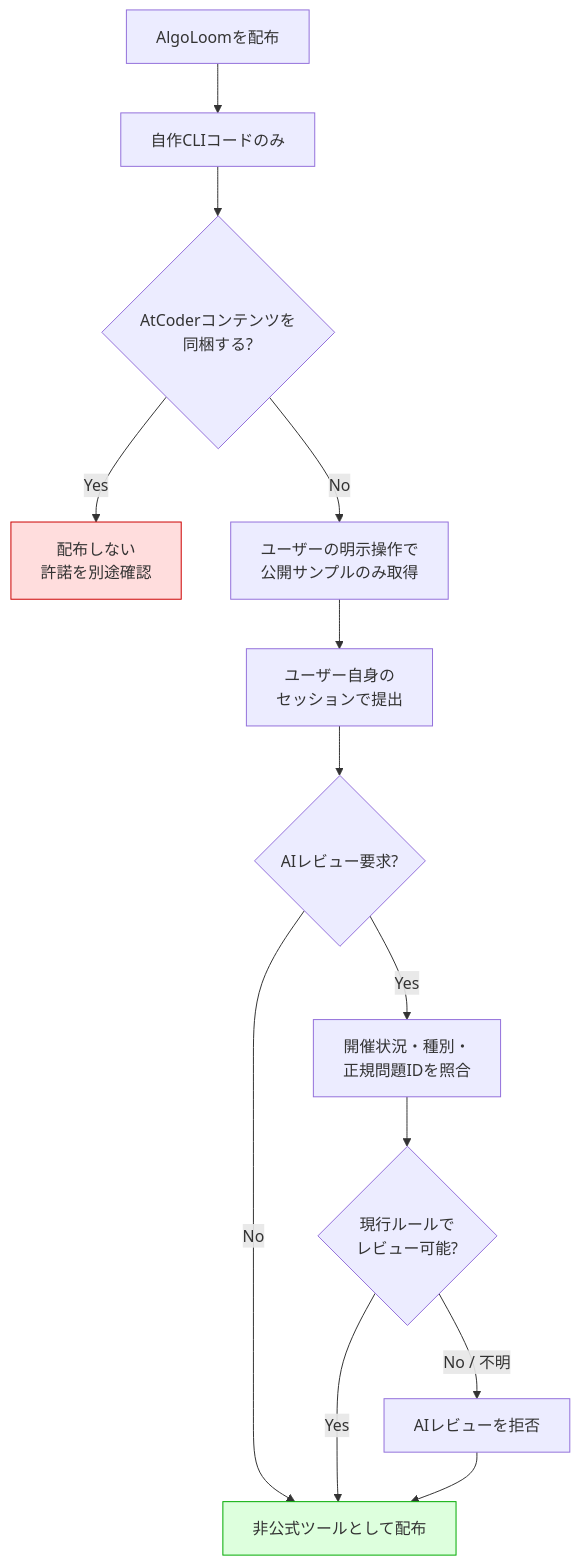
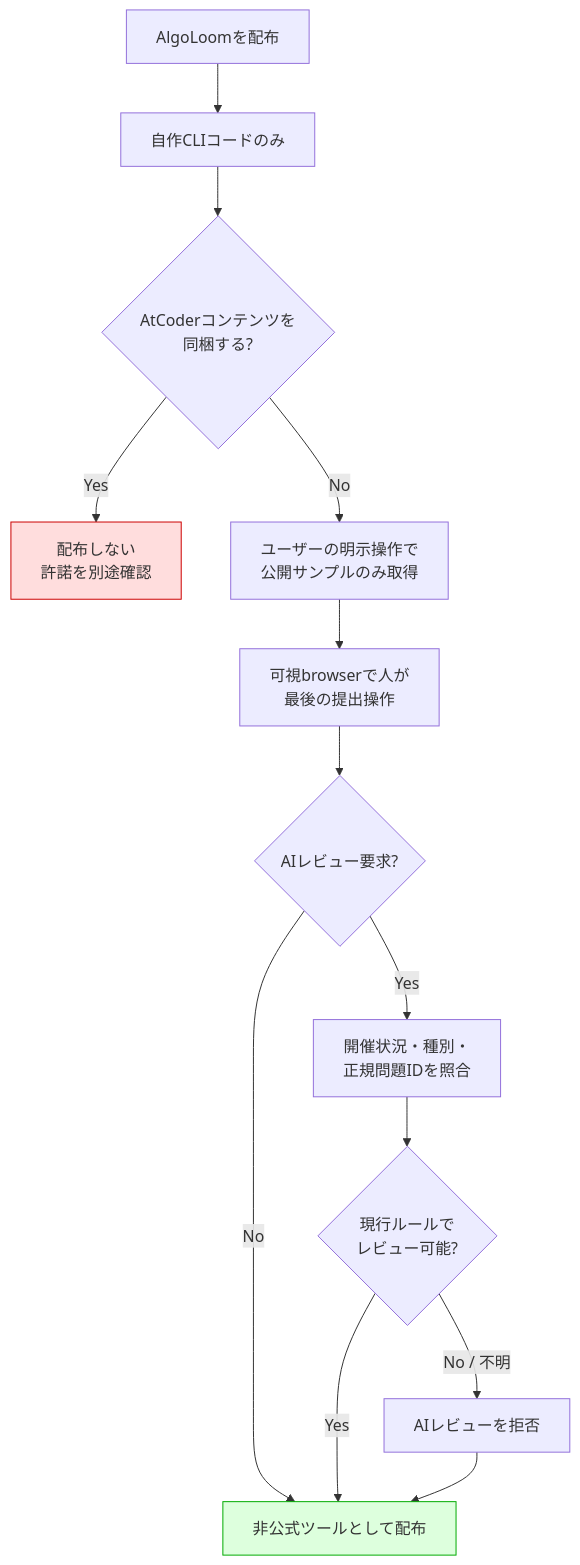
Before and after one commit to mgmaru/algo-loom-design: the first of 6 diagrams in docs/operations/algoloom-distribution.md, drawn with Mermaid. The commit also changed other lines of this file and 16 other files, not shown here.

````diff
--- a/docs/operations/algoloom-distribution.md
+++ b/docs/operations/algoloom-distribution.md
@@ -59,18 +61,18 @@
 ```mermaid
 flowchart TD
     A[AlgoLoomを配布] --> B[自作CLIコードのみ]
     B --> C{AtCoderコンテンツを<br/>同梱する?}
     C -->|Yes| X[配布しない<br/>許諾を別途確認]
     C -->|No| D[ユーザーの明示操作で<br/>公開サンプルのみ取得]
-    D --> E[ユーザー自身の<br/>セッションで提出]
+    D --> E[可視browserで人が<br/>最後の提出操作]
     E --> F{AIレビュー要求?}
     F -->|No| I[非公式ツールとして配布]
     F -->|Yes| G[開催状況・種別・<br/>正規問題IDを照合]
     G --> H{現行ルールで<br/>レビュー可能?}
     H -->|No / 不明| X2[AIレビューを拒否]
     H -->|Yes| I
     X2 --> I
 
     style X fill:#fdd,stroke:#c00
     style I fill:#dfd,stroke:#0a0
 ```
````
